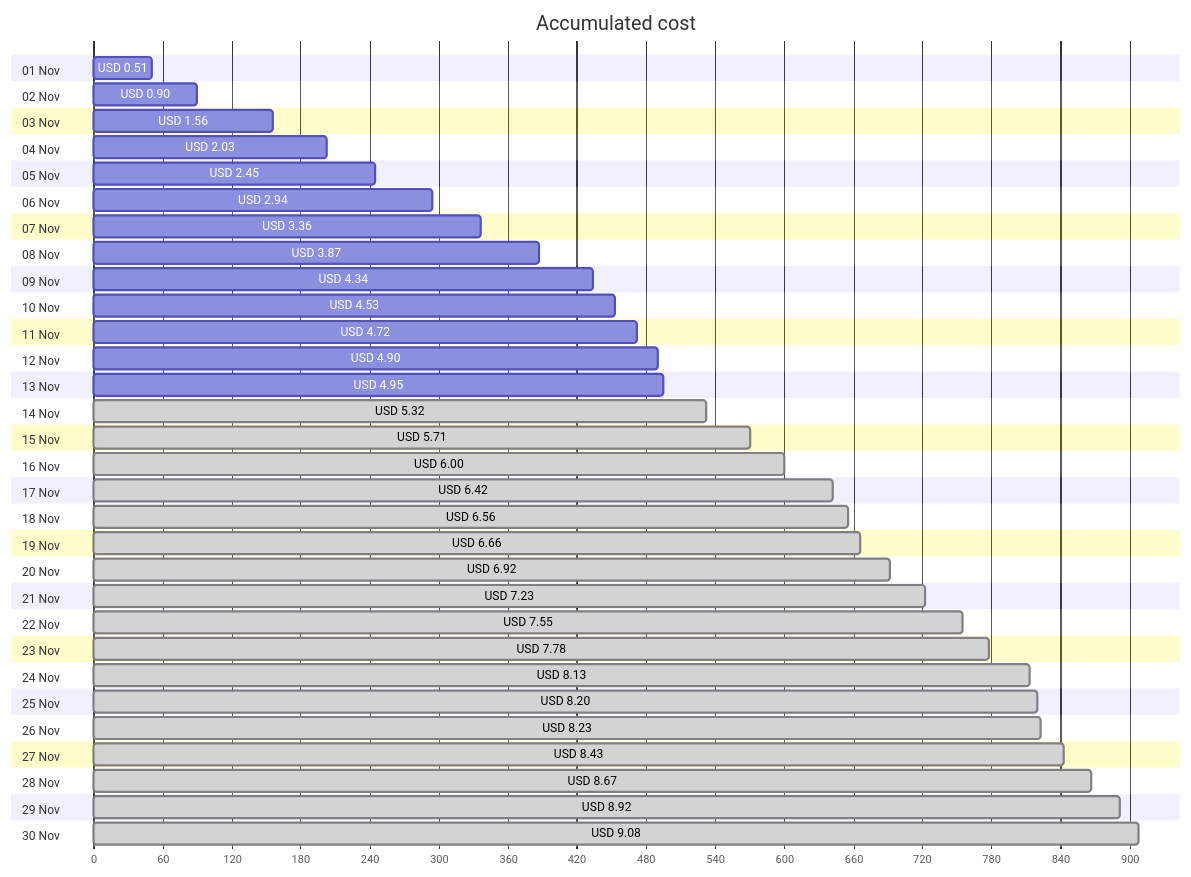
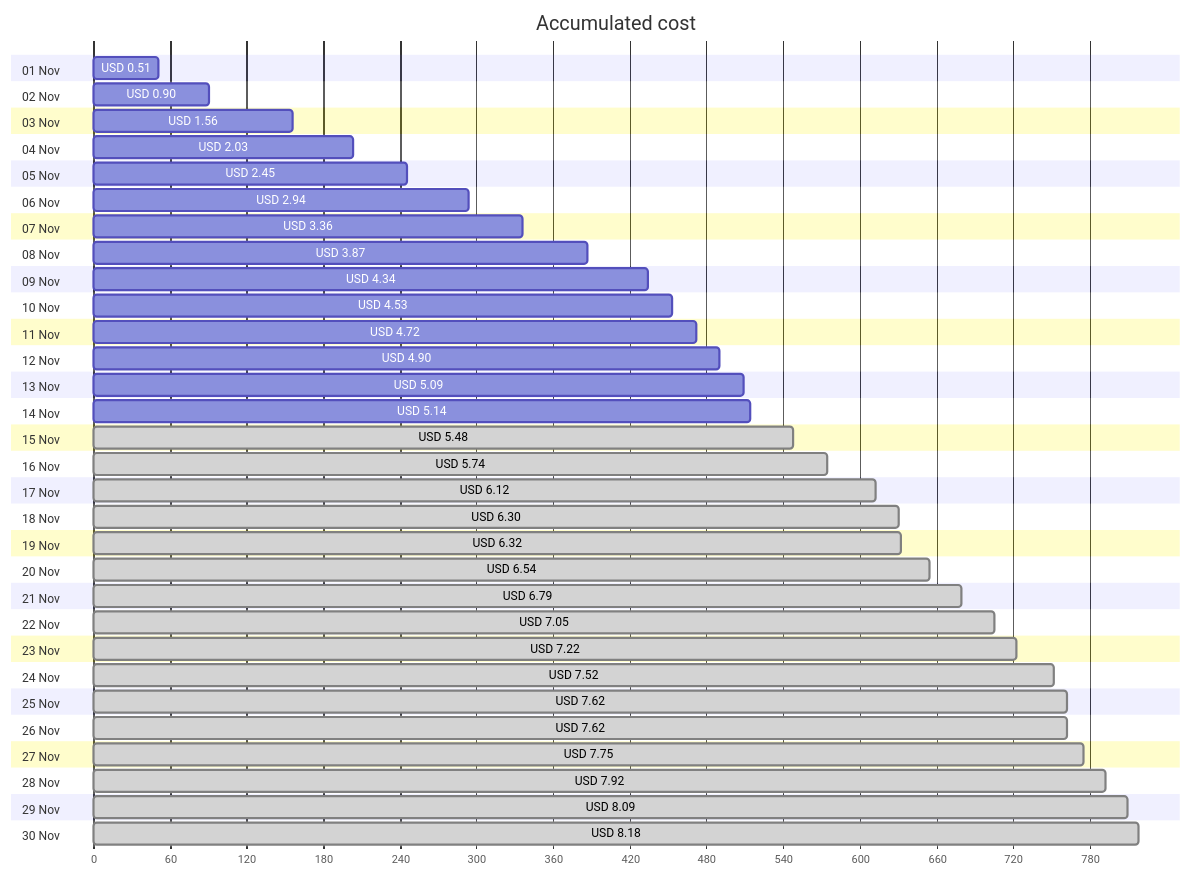
The first of 4 diagrams in cost-reports/personal-network/vpn-server.md (jpfulton/azure-personal-reports), drawn with Mermaid before and after one commit. The commit also changed other lines of this file and 8 other files, not shown here.

````diff
--- a/cost-reports/personal-network/vpn-server.md
+++ b/cost-reports/personal-network/vpn-server.md
@@ -20,66 +20,66 @@
 ```mermaid
 gantt
    title Accumulated cost
    dateFormat  X
    axisFormat %s
    section 01 Nov
    USD 0.51 :0, 51
    section 02 Nov
    USD 0.90 :0, 90
    section 03 Nov
    USD 1.56 :0, 156
    section 04 Nov
    USD 2.03 :0, 203
    section 05 Nov
    USD 2.45 :0, 245
    section 06 Nov
    USD 2.94 :0, 294
    section 07 Nov
    USD 3.36 :0, 336
    section 08 Nov
    USD 3.87 :0, 387
    section 09 Nov
    USD 4.34 :0, 434
    section 10 Nov
    USD 4.53 :0, 453
    section 11 Nov
    USD 4.72 :0, 472
    section 12 Nov
    USD 4.90 :0, 490
    section 13 Nov
-   USD 4.95 :0, 495
+   USD 5.09 :0, 509
    section 14 Nov
-   USD 5.32 : done, 0, 532
+   USD 5.14 :0, 514
    section 15 Nov
-   USD 5.71 : done, 0, 571
+   USD 5.48 : done, 0, 548
    section 16 Nov
-   USD 6.00 : done, 0, 600
+   USD 5.74 : done, 0, 574
    section 17 Nov
-   USD 6.42 : done, 0, 642
+   USD 6.12 : done, 0, 612
    section 18 Nov
-   USD 6.56 : done, 0, 656
+   USD 6.30 : done, 0, 630
    section 19 Nov
-   USD 6.66 : done, 0, 666
+   USD 6.32 : done, 0, 632
    section 20 Nov
-   USD 6.92 : done, 0, 692
+   USD 6.54 : done, 0, 654
    section 21 Nov
-   USD 7.23 : done, 0, 723
+   USD 6.79 : done, 0, 679
    section 22 Nov
-   USD 7.55 : done, 0, 755
+   USD 7.05 : done, 0, 705
    section 23 Nov
-   USD 7.78 : done, 0, 778
+   USD 7.22 : done, 0, 722
    section 24 Nov
-   USD 8.13 : done, 0, 813
+   USD 7.52 : done, 0, 752
    section 25 Nov
-   USD 8.20 : done, 0, 820
+   USD 7.62 : done, 0, 762
    section 26 Nov
-   USD 8.23 : done, 0, 823
+   USD 7.62 : done, 0, 762
    section 27 Nov
-   USD 8.43 : done, 0, 843
+   USD 7.75 : done, 0, 775
    section 28 Nov
-   USD 8.67 : done, 0, 867
+   USD 7.92 : done, 0, 792
    section 29 Nov
-   USD 8.92 : done, 0, 892
+   USD 8.09 : done, 0, 809
    section 30 Nov
-   USD 9.08 : done, 0, 908
+   USD 8.18 : done, 0, 818
 ```
````
